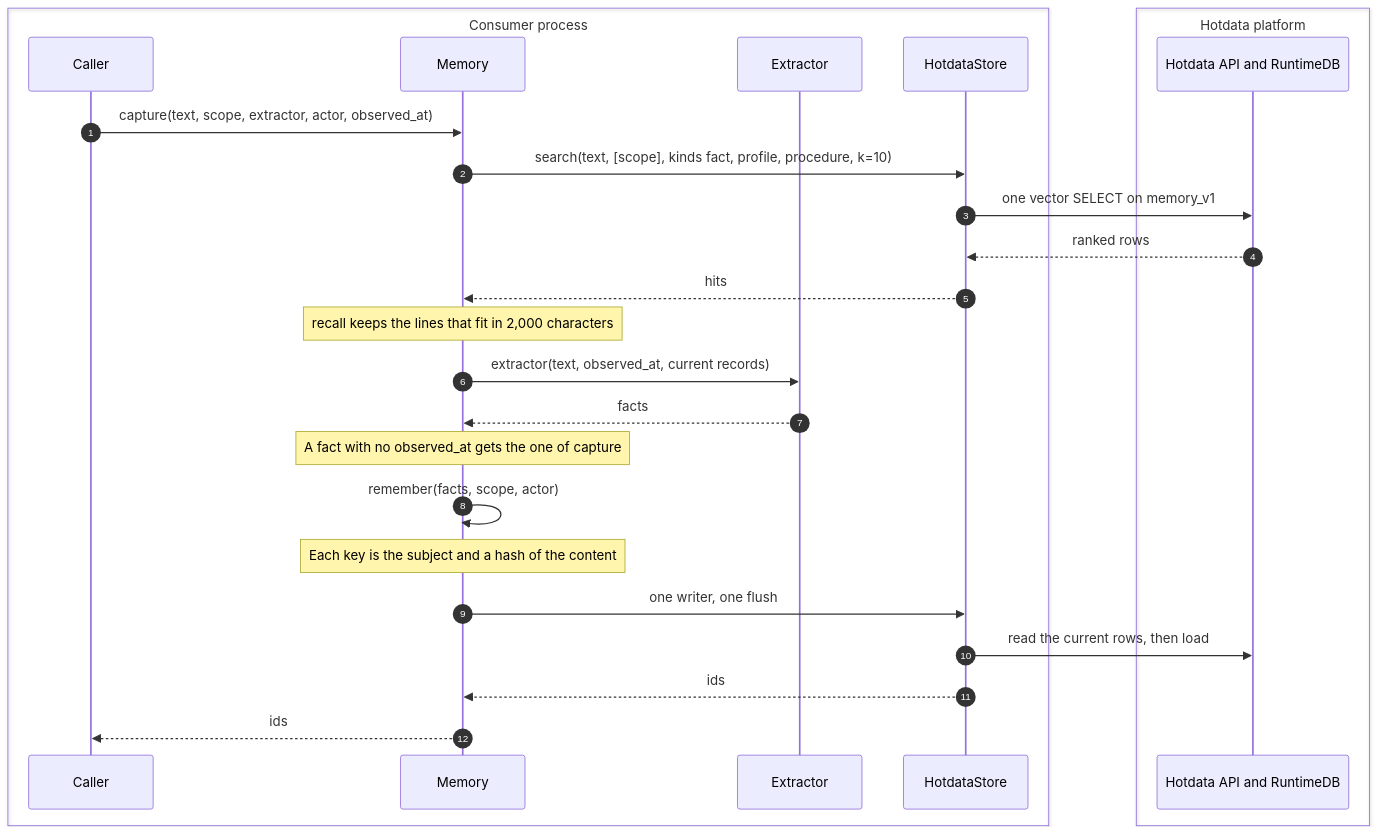
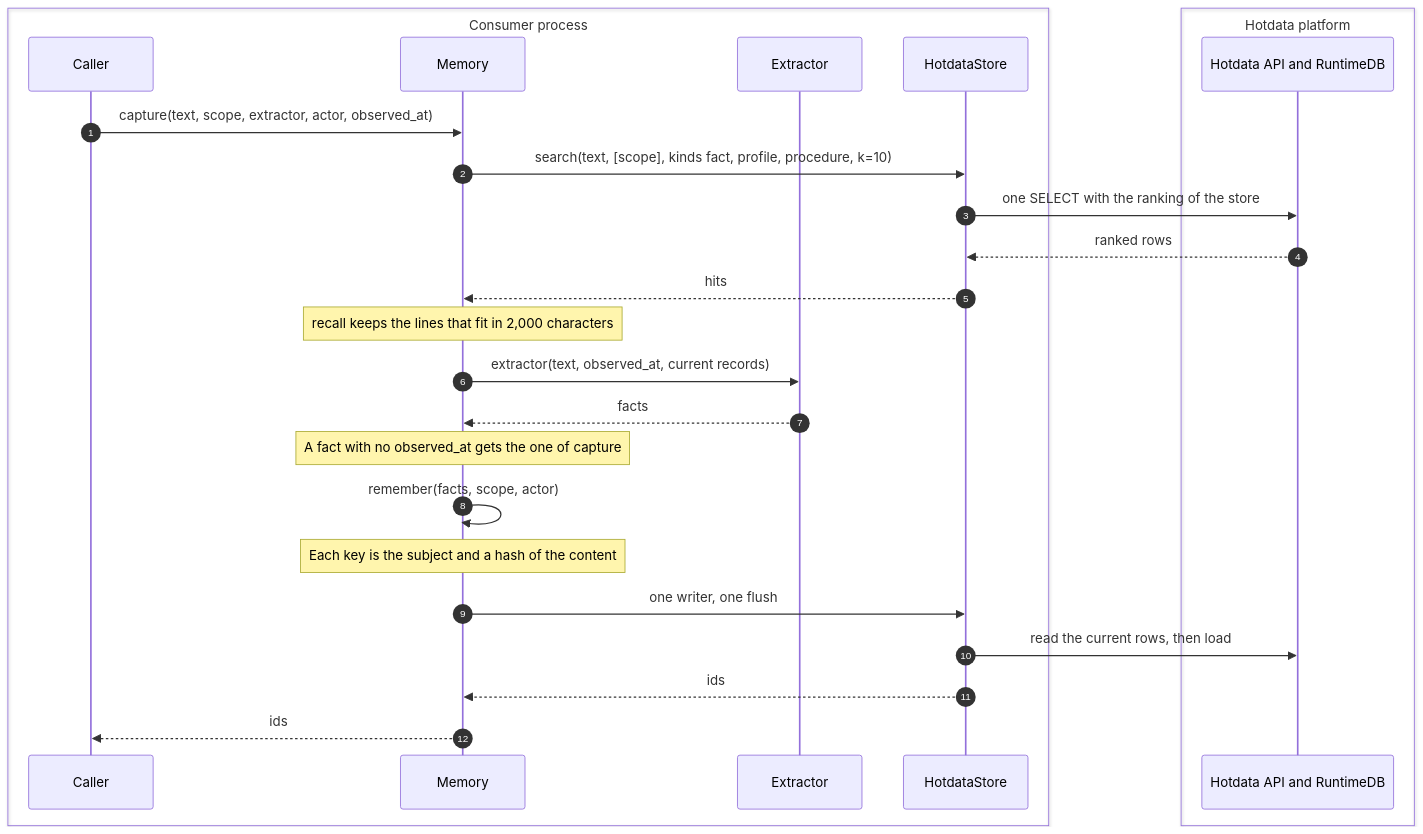
Before and after one commit to hotdata-dev/hotmemory: the sixth of 12 diagrams in docs/internal/architecture.md, drawn with Mermaid. The commit also changed other lines of this file and 24 other files, not shown here.

First line of the commit message:
Phase 11, part 1: a large memory store, the sorted index made optional, and LongMemEval-S in full (#32)

````diff
--- a/docs/internal/architecture.md
+++ b/docs/internal/architecture.md
@@ -324,28 +336,28 @@
 ```mermaid
 sequenceDiagram
     autonumber
     box Consumer process
         participant C as Caller
         participant M as Memory
         participant X as Extractor
         participant H as HotdataStore
     end
     box Hotdata platform
         participant API as Hotdata API and RuntimeDB
     end
     C->>M: capture(text, scope, extractor, actor, observed_at)
     M->>H: search(text, [scope], kinds fact, profile, procedure, k=10)
-    H->>API: one vector SELECT on memory_v1
+    H->>API: one SELECT with the ranking of the store
     API-->>H: ranked rows
     H-->>M: hits
     Note over M: recall keeps the lines that fit in 2,000 characters
     M->>X: extractor(text, observed_at, current records)
     X-->>M: facts
     Note over M: A fact with no observed_at gets the one of capture
     M->>M: remember(facts, scope, actor)
     Note over M: Each key is the subject and a hash of the content
     M->>H: one writer, one flush
     H->>API: read the current rows, then load
     H-->>M: ids
     M-->>C: ids
 ```
````
